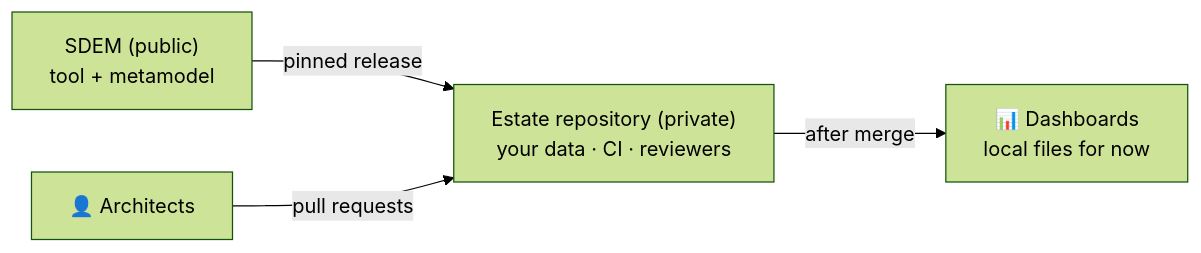
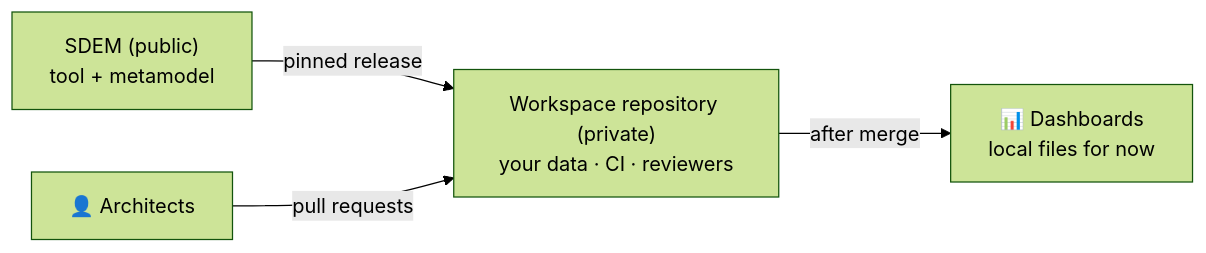
The ninth of 9 diagrams in README.md (taumoeps/bian-sdem-framework), drawn with Mermaid (forest theme) before and after one commit. The commit also changed other lines of this file and 155 other files, not shown here.

````diff
--- a/README.md
+++ b/README.md
@@ -312,6 +312,6 @@
 ```mermaid
 flowchart LR
-    S["SDEM (public)<br/>tool + metamodel"] -- "pinned release" --> E["Estate repository (private)<br/>your data · CI · reviewers"]
+    S["SDEM (public)<br/>tool + metamodel"] -- "pinned release" --> E["Workspace repository (private)<br/>your data · CI · reviewers"]
     A["👤 Architects"] -- "pull requests" --> E
     E -- "after merge" --> D["📊 Dashboards<br/>local files for now"]
 ```
````
